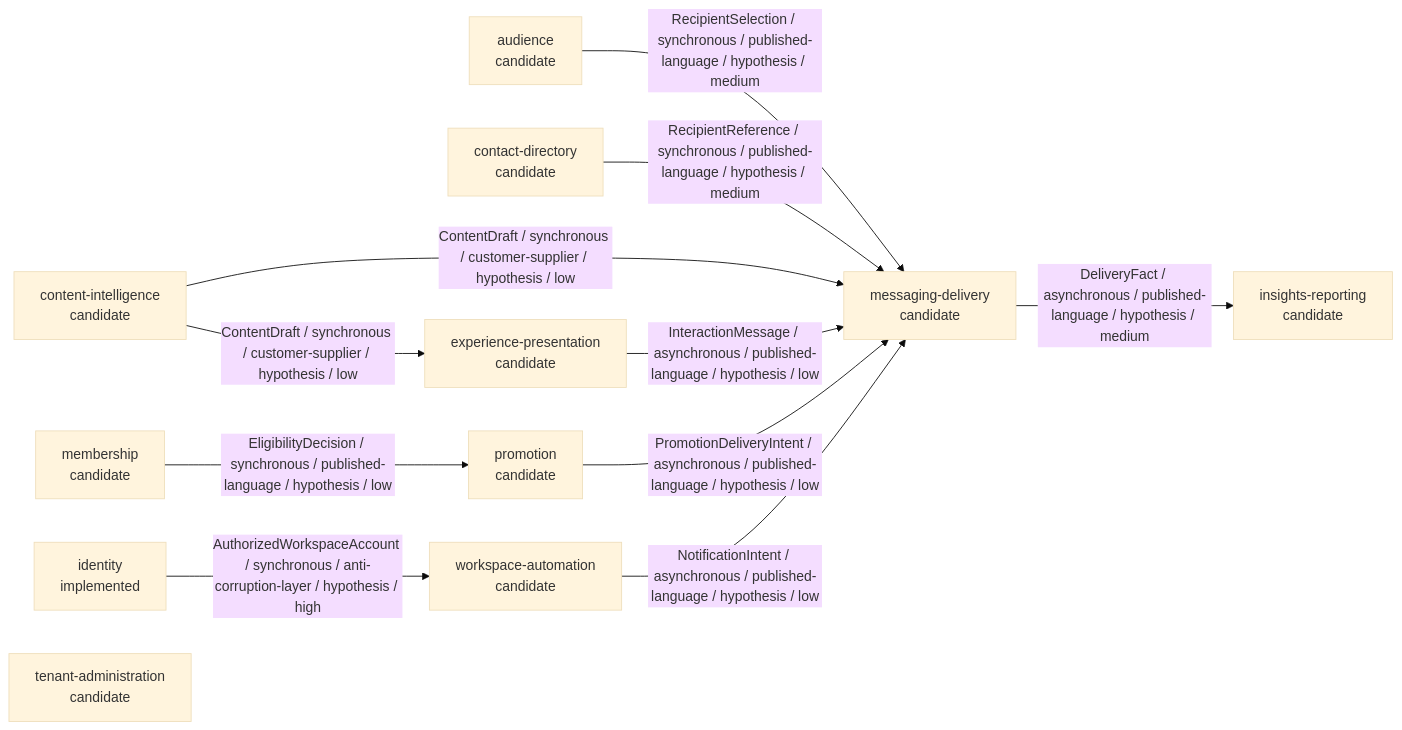
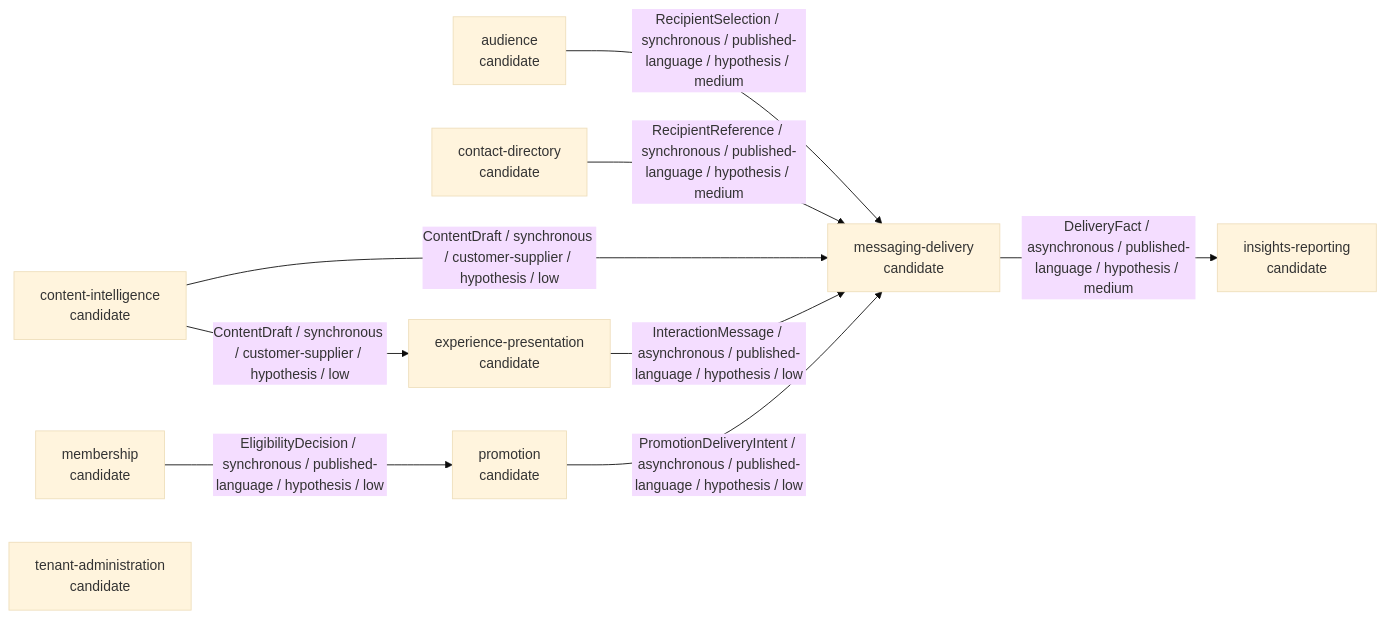
Before and after one commit to 963sup/linebot-platform: the diagram in docs/domain/context-map.md, drawn with Mermaid (base theme). The commit also changed other lines of this file and 159 other files, not shown here.

````diff
--- a/docs/domain/context-map.md
+++ b/docs/domain/context-map.md
@@ -103,24 +87,20 @@
 ```mermaid
 flowchart LR
     ctx_audience["audience\ncandidate"]
     ctx_contact_directory["contact-directory\ncandidate"]
     ctx_content_intelligence["content-intelligence\ncandidate"]
     ctx_experience_presentation["experience-presentation\ncandidate"]
-    ctx_identity["identity\nimplemented"]
     ctx_insights_reporting["insights-reporting\ncandidate"]
     ctx_membership["membership\ncandidate"]
     ctx_messaging_delivery["messaging-delivery\ncandidate"]
     ctx_promotion["promotion\ncandidate"]
     ctx_tenant_administration["tenant-administration\ncandidate"]
-    ctx_workspace_automation["workspace-automation\ncandidate"]
     ctx_audience -->|RecipientSelection / synchronous / published-language / hypothesis / medium| ctx_messaging_delivery
     ctx_contact_directory -->|RecipientReference / synchronous / published-language / hypothesis / medium| ctx_messaging_delivery
     ctx_content_intelligence -->|ContentDraft / synchronous / customer-supplier / hypothesis / low| ctx_experience_presentation
     ctx_content_intelligence -->|ContentDraft / synchronous / customer-supplier / hypothesis / low| ctx_messaging_delivery
     ctx_experience_presentation -->|InteractionMessage / asynchronous / published-language / hypothesis / low| ctx_messaging_delivery
-    ctx_identity -->|AuthorizedWorkspaceAccount / synchronous / anti-corruption-layer / hypothesis / high| ctx_workspace_automation
     ctx_membership -->|EligibilityDecision / synchronous / published-language / hypothesis / low| ctx_promotion
     ctx_messaging_delivery -->|DeliveryFact / asynchronous / published-language / hypothesis / medium| ctx_insights_reporting
     ctx_promotion -->|PromotionDeliveryIntent / asynchronous / published-language / hypothesis / low| ctx_messaging_delivery
-    ctx_workspace_automation -->|NotificationIntent / asynchronous / published-language / hypothesis / low| ctx_messaging_delivery
 ```
````
